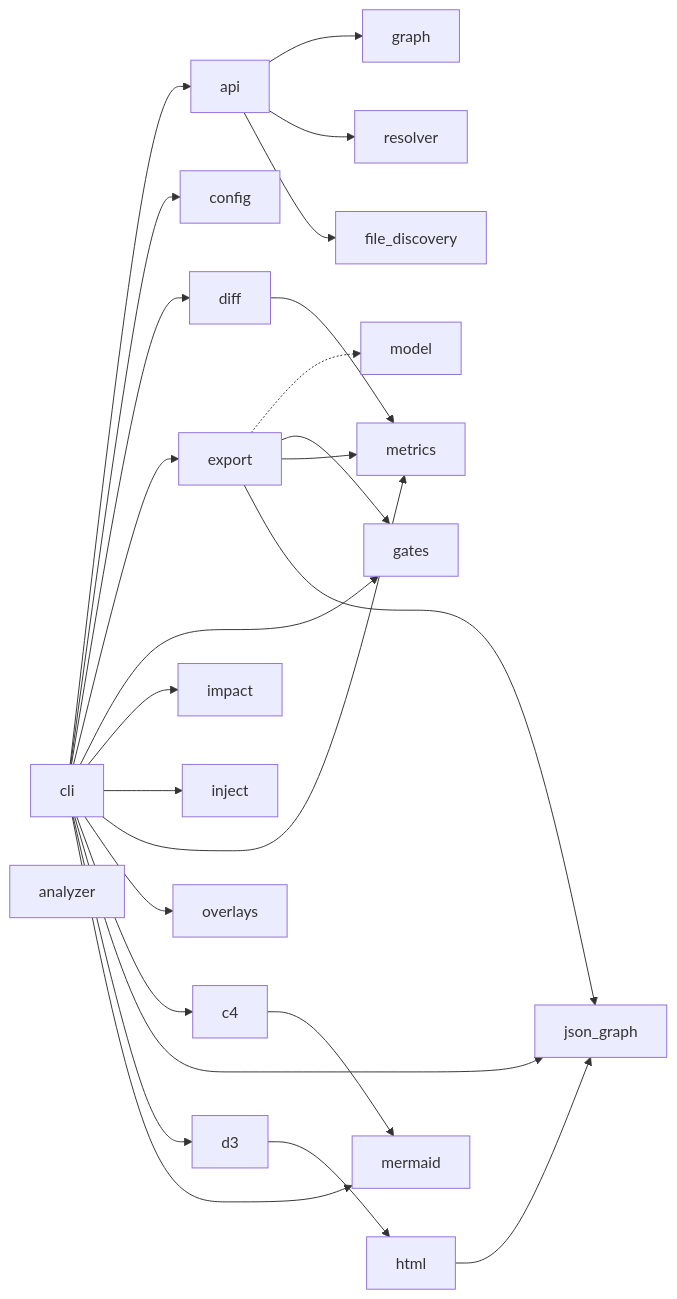
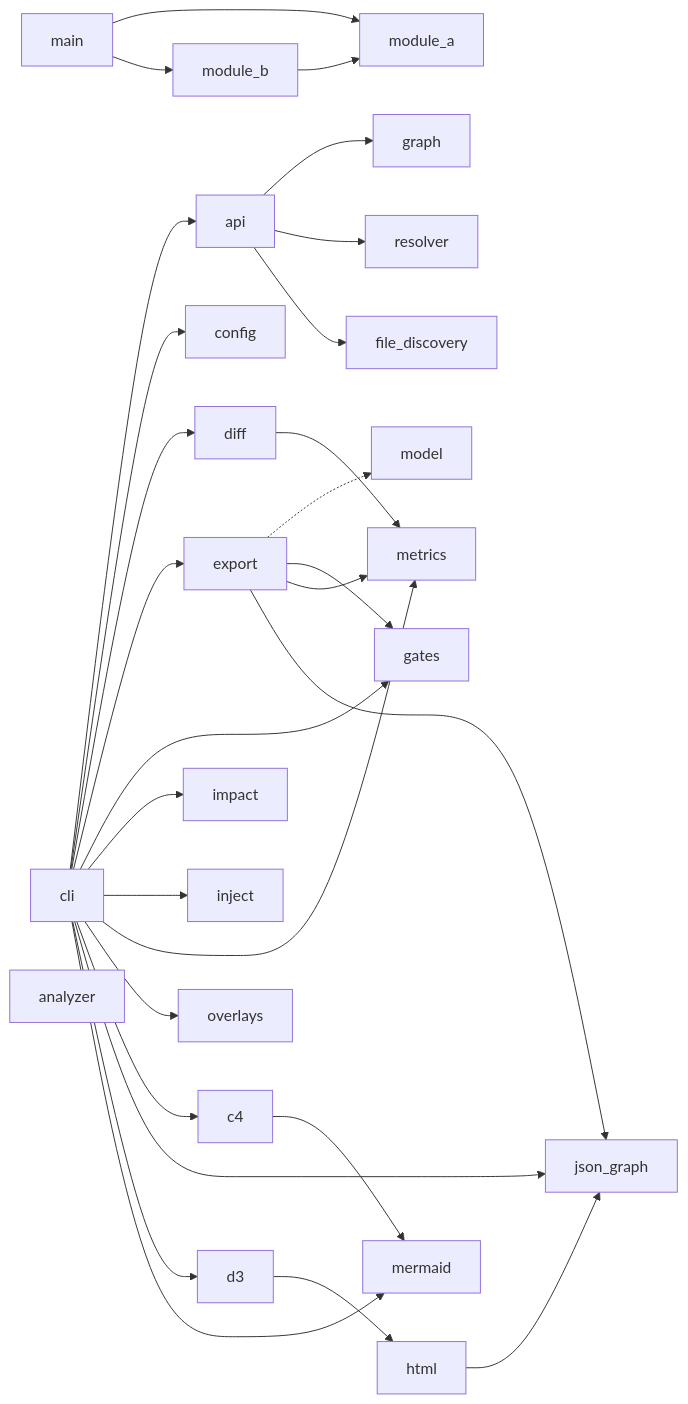
Before and after one commit to actions-marketplace-validations/haider1998_pyvisualizer: the diagram in README.md, drawn with Mermaid. The commit also changed other lines of this file, not shown here.

Commit message:
🗺️ Auto-update architecture diagram [skip ci]

````diff
--- a/README.md
+++ b/README.md
@@ -200,47 +200,53 @@
 ```mermaid
 flowchart LR
-    g0["api"]
-    g1["cli"]
-    g2["config"]
-    g3["analyzer"]
-    g4["graph"]
-    g5["model"]
-    g6["resolver"]
-    g7["diff"]
-    g8["export"]
-    g9["gates"]
-    g10["impact"]
-    g11["inject"]
-    g12["metrics"]
-    g13["overlays"]
-    g14["c4"]
-    g15["json_graph"]
-    g16["file_discovery"]
-    g17["d3"]
-    g18["html"]
-    g19["mermaid"]
-    g0 --> g4
-    g0 --> g6
-    g0 --> g16
-    g1 --> g0
-    g1 --> g2
-    g1 --> g7
-    g1 --> g8
-    g1 --> g9
-    g1 --> g10
-    g1 --> g11
-    g1 --> g12
-    g1 --> g13
-    g1 --> g14
-    g1 --> g15
-    g1 --> g17
-    g1 --> g19
-    g7 --> g12
-    g8 -.-> g5
-    g8 --> g9
-    g8 --> g12
-    g8 --> g15
-    g14 --> g19
-    g17 --> g18
-    g18 --> g15
+    g0["main"]
+    g1["module_a"]
+    g2["module_b"]
+    g3["api"]
+    g4["cli"]
+    g5["config"]
+    g6["analyzer"]
+    g7["graph"]
+    g8["model"]
+    g9["resolver"]
+    g10["diff"]
+    g11["export"]
+    g12["gates"]
+    g13["impact"]
+    g14["inject"]
+    g15["metrics"]
+    g16["overlays"]
+    g17["c4"]
+    g18["json_graph"]
+    g19["file_discovery"]
+    g20["d3"]
+    g21["html"]
+    g22["mermaid"]
+    g0 --> g1
+    g0 --> g2
+    g2 --> g1
+    g3 --> g7
+    g3 --> g9
+    g3 --> g19
+    g4 --> g3
+    g4 --> g5
+    g4 --> g10
+    g4 --> g11
+    g4 --> g12
+    g4 --> g13
+    g4 --> g14
+    g4 --> g15
+    g4 --> g16
+    g4 --> g17
+    g4 --> g18
+    g4 --> g20
+    g4 --> g22
+    g10 --> g15
+    g11 -.-> g8
+    g11 --> g12
+    g11 --> g15
+    g11 --> g18
+    g17 --> g22
+    g20 --> g21
+    g21 --> g18
 ```
````
